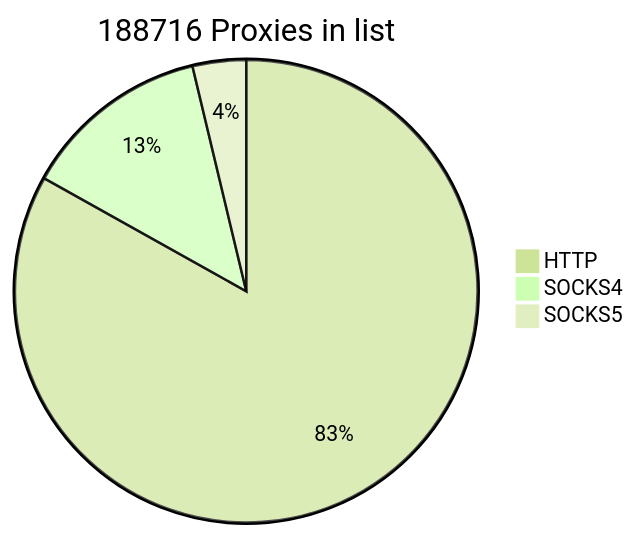
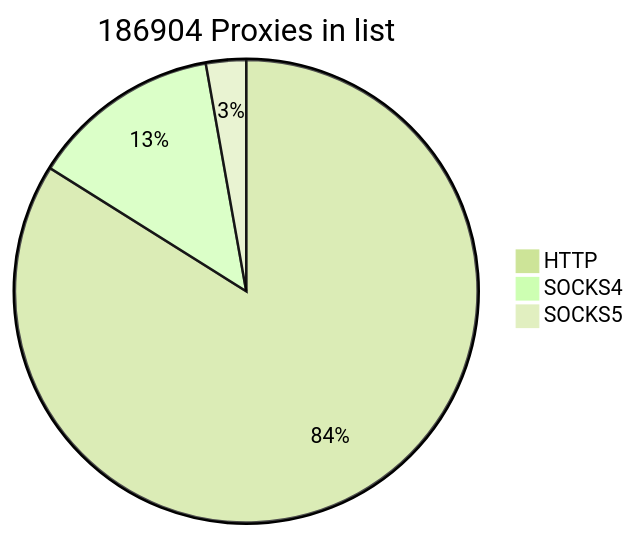
The first of 2 diagrams in README.md (cutipu/proxylist), drawn with Mermaid (forest theme) before and after one commit. The commit also changed other lines of this file, not shown here.

````diff
--- a/README.md
+++ b/README.md
@@ -2,7 +2,7 @@
 ```mermaid
-pie title 188716 Proxies in list
+pie title 186904 Proxies in list
     "HTTP" : 156849
     "SOCKS4" : 24817
-    "SOCKS5" : 7050
+    "SOCKS5" : 5238
             
 ```
````
